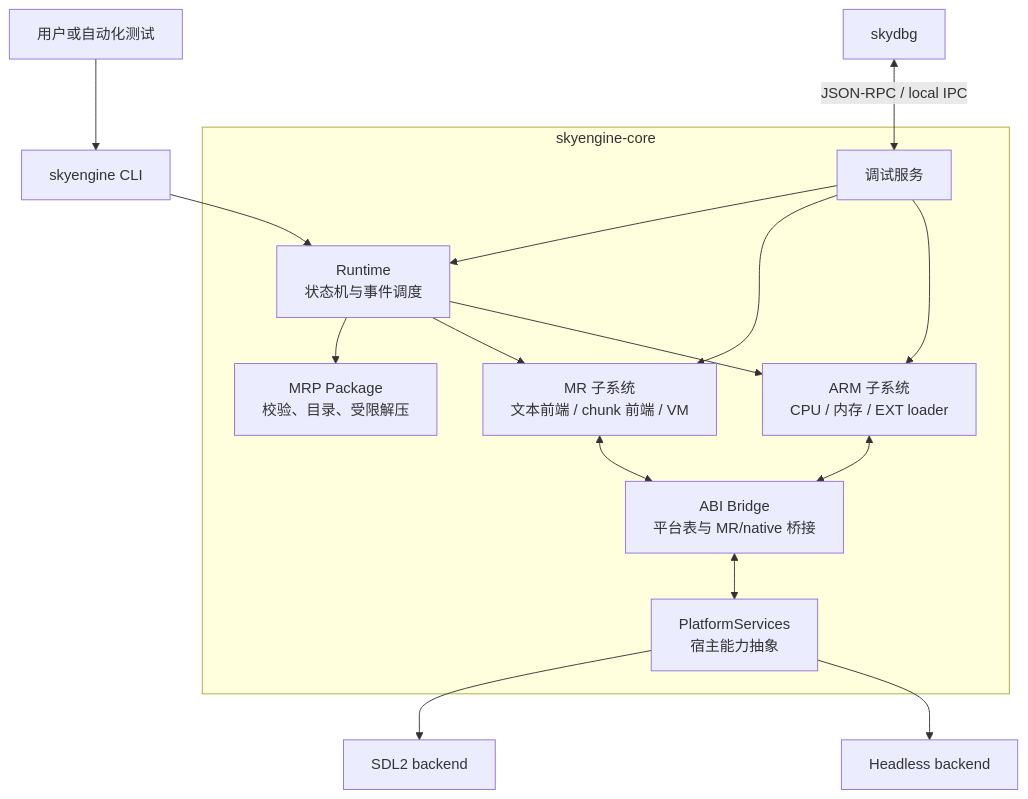
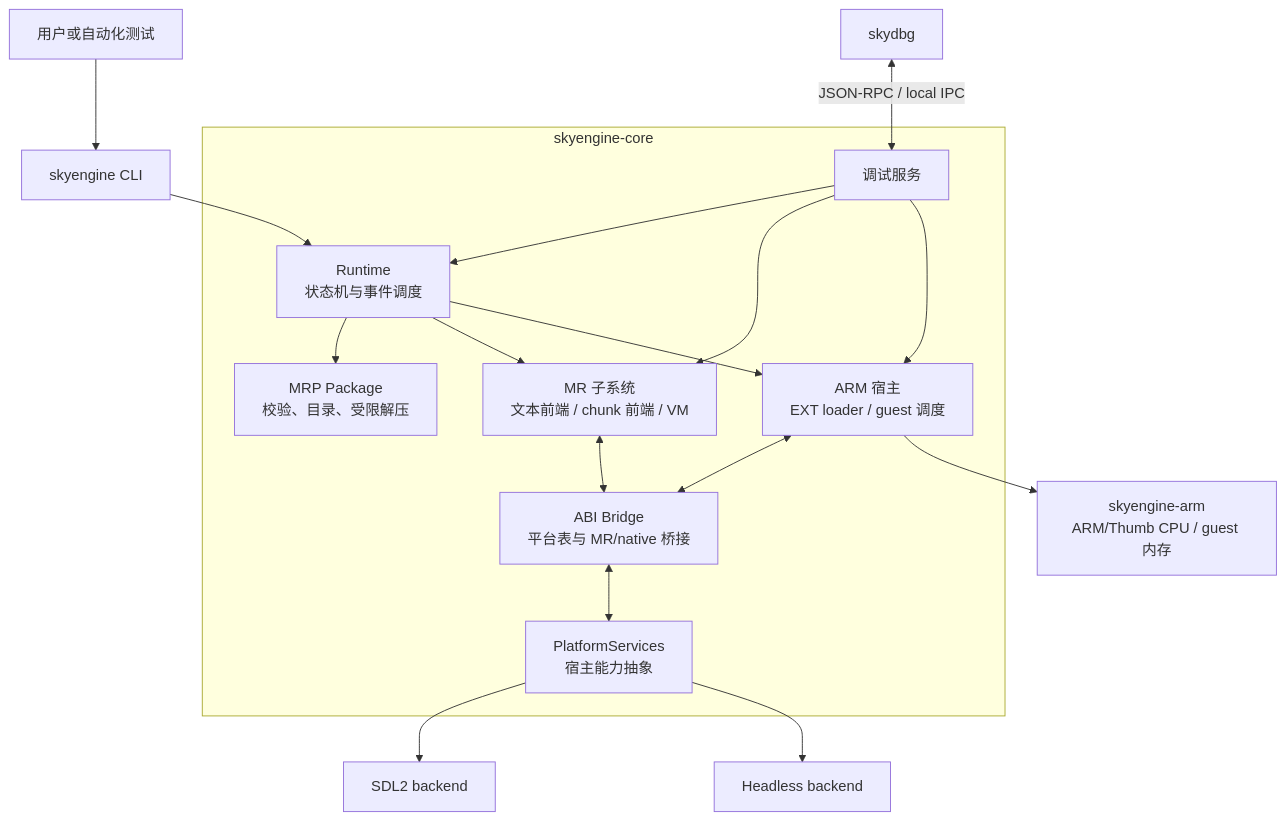
One commit to open-skyengine/skyengine-v2 changed the first of 3 diagrams in docs/design.md. Above: the diagram before and after it, drawn with Mermaid. The commit also changed other lines of this file and 18 other files, not shown here.

````diff
--- a/docs/design.md
+++ b/docs/design.md
@@ -86,29 +86,30 @@
 ```mermaid
 flowchart TB
     User["用户或自动化测试"] --> CLI["skyengine CLI"]
     Debugger["skydbg"] <-->|"JSON-RPC / local IPC"| Debug["调试服务"]
 
     subgraph Core["skyengine-core"]
         Runtime["Runtime<br/>状态机与事件调度"]
         Package["MRP Package<br/>校验、目录、受限解压"]
         MR["MR 子系统<br/>文本前端 / chunk 前端 / VM"]
-        ARM["ARM 子系统<br/>CPU / 内存 / EXT loader"]
+        ARM["ARM 宿主<br/>EXT loader / guest 调度"]
         ABI["ABI Bridge<br/>平台表与 MR/native 桥接"]
         Platform["PlatformServices<br/>宿主能力抽象"]
         Debug
 
         Runtime --> Package
         Runtime --> MR
         Runtime --> ARM
         MR <--> ABI
         ARM <--> ABI
         ABI <--> Platform
         Debug --> Runtime
         Debug --> MR
         Debug --> ARM
     end
 
+    ARM --> ArmCpu["skyengine-arm<br/>ARM/Thumb CPU / guest 内存"]
     CLI --> Runtime
     Platform --> SDL["SDL2 backend"]
     Platform --> Headless["Headless backend"]
 ```
````
